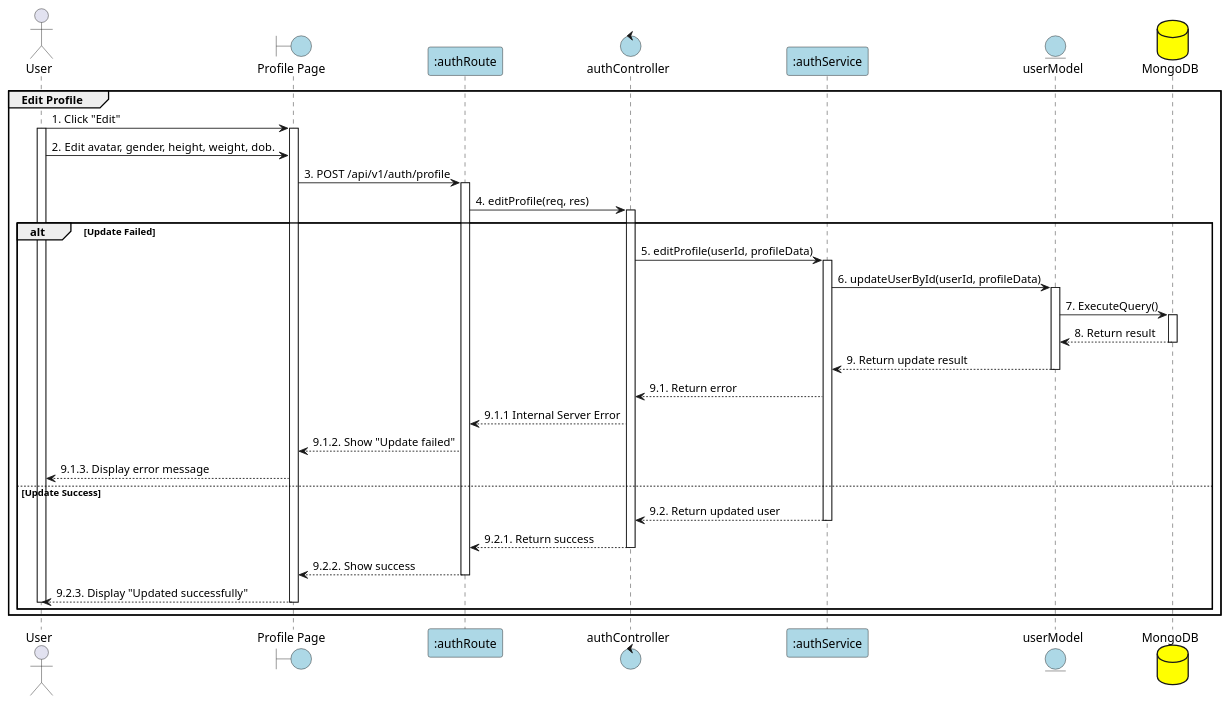
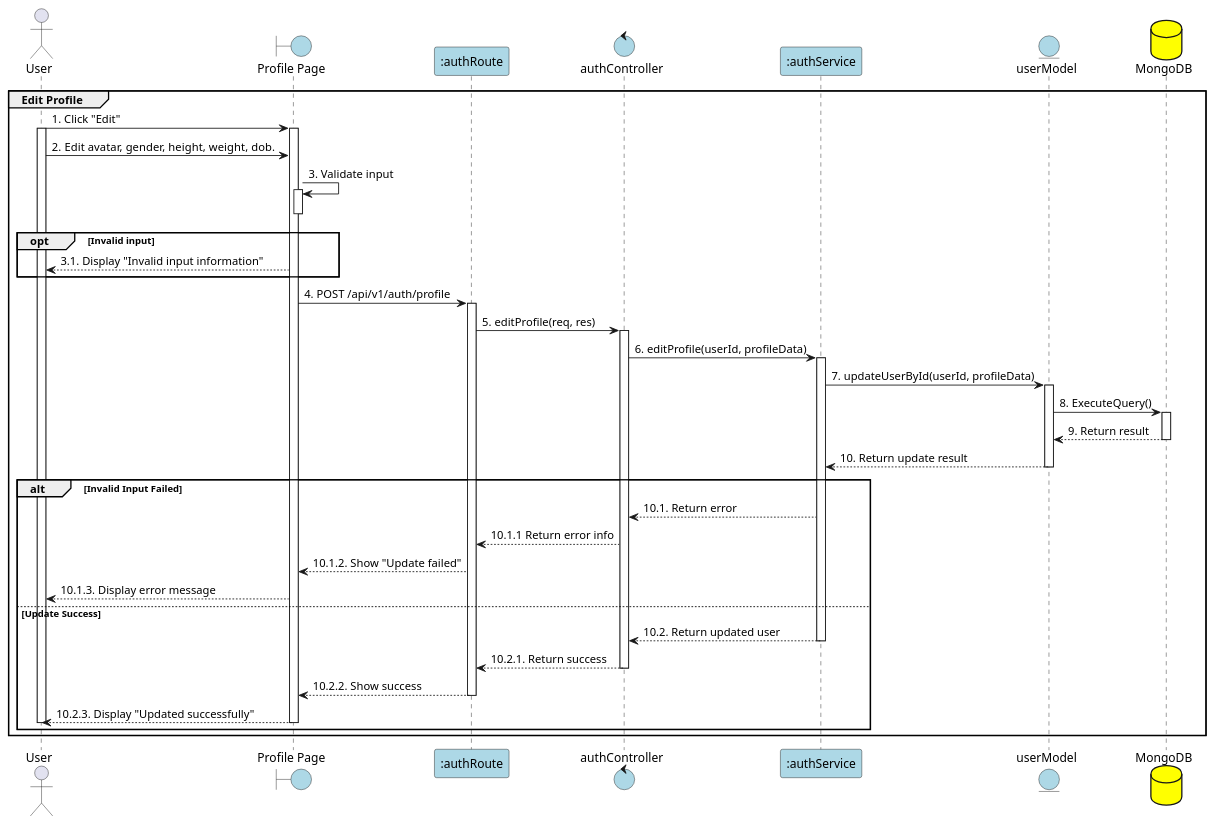
One commit to Aohkne/CaloCook changed the diagram in PlanUML/7_editProfile.puml. Above: the diagram before and after it, drawn with PlantUML. The commit also changed 17 other files, not shown here.

```diff
--- a/PlanUML/7_editProfile.puml
+++ b/PlanUML/7_editProfile.puml
@@ -1,56 +1,62 @@
 @startuml EditProfile
 
 actor User
 boundary "Profile Page" as View #lightblue
 participant ":authRoute" as Route #lightblue
 control "authController" as Controller #lightblue
 participant ":authService" as Service #lightblue
 entity "userModel" as Model #lightblue
 database "MongoDB" as MongoDB #yellow
 
 group Edit Profile
 User -> View: 1. Click "Edit"
 activate View
 activate User
 User -> View: 2. Edit avatar, gender, height, weight, dob.
 
+View -> View: 3. Validate input
+activate View
+deactivate View
 
-View -> Route: 3. POST /api/v1/auth/profile
+opt Invalid input
+    View --> User: 3.1. Display "Invalid input information"
+end
+
+View -> Route: 4. POST /api/v1/auth/profile
 activate Route
 
-Route -> Controller: 4. editProfile(req, res)
+Route -> Controller: 5. editProfile(req, res)
 activate Controller
 
-alt Update Failed
-    Controller -> Service: 5. editProfile(userId, profileData)
+    Controller -> Service: 6. editProfile(userId, profileData)
     activate Service
 
-    Service -> Model: 6. updateUserById(userId, profileData)
+    Service -> Model: 7. updateUserById(userId, profileData)
     activate Model
 
-    Model -> MongoDB: 7. ExecuteQuery()
+    Model -> MongoDB: 8. ExecuteQuery()
     activate MongoDB
-    MongoDB --> Model: 8. Return result
+    MongoDB --> Model: 9. Return result
     deactivate MongoDB
 
-    Model --> Service: 9. Return update result
+    Model --> Service: 10. Return update result
     deactivate Model
 
-
-    Service --> Controller: 9.1. Return error
-    Controller --> Route: 9.1.1 Internal Server Error
-    Route --> View: 9.1.2. Show "Update failed"
-    View --> User: 9.1.3. Display error message
+alt Invalid Input Failed
+    Service --> Controller: 10.1. Return error
+    Controller --> Route: 10.1.1 Return error info
+    Route --> View: 10.1.2. Show "Update failed"
+    View --> User: 10.1.3. Display error message
 else Update Success
-    Service --> Controller: 9.2. Return updated user
+    Service --> Controller: 10.2. Return updated user
     deactivate Service
-    Controller --> Route: 9.2.1. Return success
+    Controller --> Route: 10.2.1. Return success
     deactivate Controller
-    Route --> View: 9.2.2. Show success
+    Route --> View: 10.2.2. Show success
     deactivate Route
-    View --> User: 9.2.3. Display "Updated successfully"
+    View --> User: 10.2.3. Display "Updated successfully"
     deactivate View
     deactivate User
 end
 end
 @enduml
```
